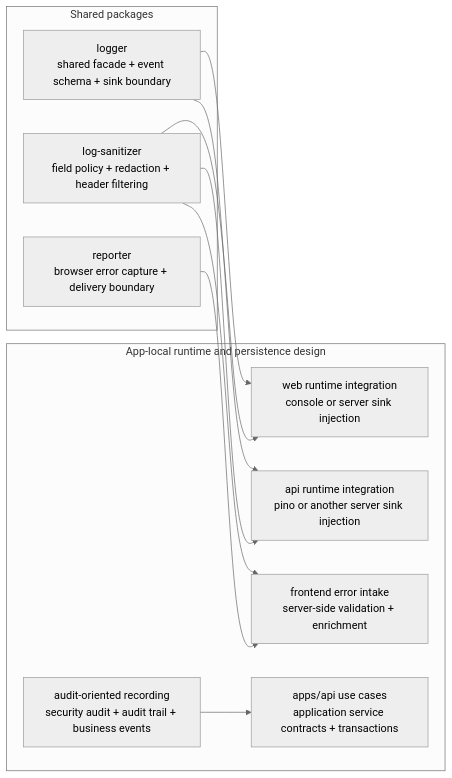
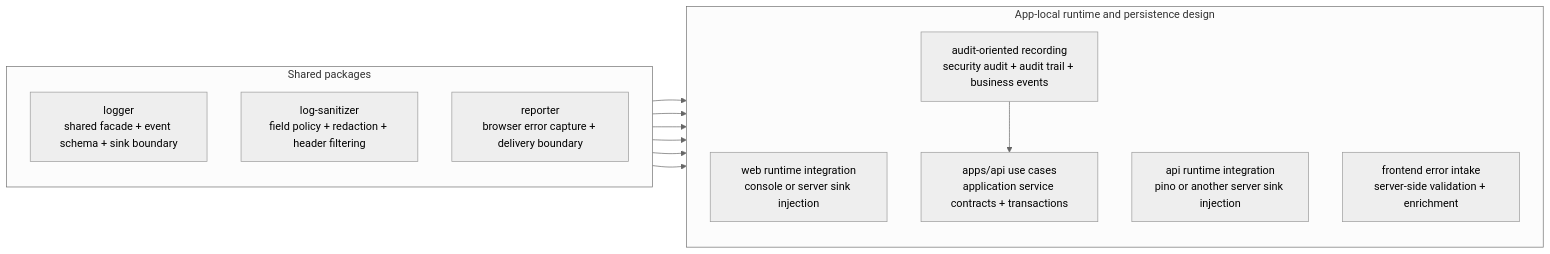
One commit to focusbuddy-dev/focusbuddy changed the first of 2 diagrams in docs/platform/logging-and-audit-boundaries.md. Above: the diagram before and after it, drawn with Mermaid (neutral theme).

Commit message:
docs: improve ownership boundary diagram refs #132

````diff
--- a/docs/platform/logging-and-audit-boundaries.md
+++ b/docs/platform/logging-and-audit-boundaries.md
@@ -77,24 +77,27 @@
 ```mermaid
 flowchart LR
   subgraph SharedPackages[Shared packages]
+    direction TB
     Logger[logger\nshared facade + event schema + sink boundary]
     Sanitizer[log-sanitizer\nfield policy + redaction + header filtering]
     Reporter[reporter\nbrowser error capture + delivery boundary]
   end
 
   subgraph AppLocal[App-local runtime and persistence design]
+    direction TB
     WebRuntime[web runtime integration\nconsole or server sink injection]
     ApiRuntime[api runtime integration\npino or another server sink injection]
     Intake[frontend error intake\nserver-side validation + enrichment]
     AuditRecording[audit-oriented recording\nsecurity audit + audit trail + business events]
     ApiUseCases[apps/api use cases\napplication service contracts + transactions]
   end
 
+  Reporter ~~~ Intake
   Logger --> WebRuntime
   Logger --> ApiRuntime
   Sanitizer --> WebRuntime
   Sanitizer --> ApiRuntime
   Sanitizer --> Intake
   Reporter --> Intake
   AuditRecording --> ApiUseCases
 ```
````
